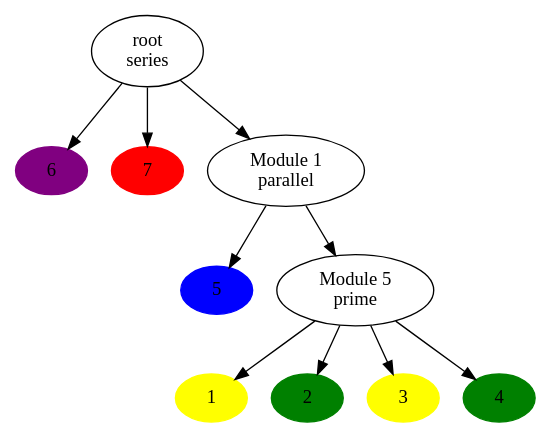
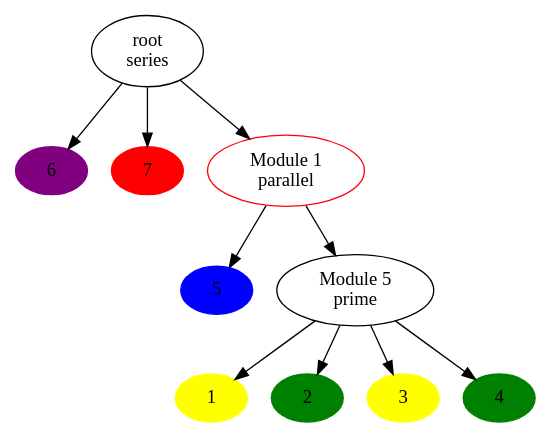
The diagram in Presentation/MDColoring4.dot (MrBoboGet/BachelorThesis), drawn with Graphviz before and after one commit. The commit also changed 15 other files, not shown here.

```diff
--- a/Presentation/MDColoring4.dot
+++ b/Presentation/MDColoring4.dot
@@ -1,34 +1,35 @@
 digraph G
 {
     {
         node [style="filled"]
         1
         2
         3
         4
         5
         6
         7
     }
     root [label="\N\nseries"]
+    "Module 1" [color="red"]
     "Module 1" [label="\N\nparallel"]
     "Module 5" [label="\N\nprime"]
 
     root -> 6
     root -> "Module 1";
     root -> 7
     "Module 1" -> 5
     "Module 1" -> "Module 5";
     "Module 5" -> {1 2 3 4}
 
     6 [color="purple"]
     7 [color="red"]
     5 [color="blue"]
 
     1 [color="yellow"]
     2 [color="green"]
     3 [color="yellow"]
     4 [color="green"]
 
 
 }
```
